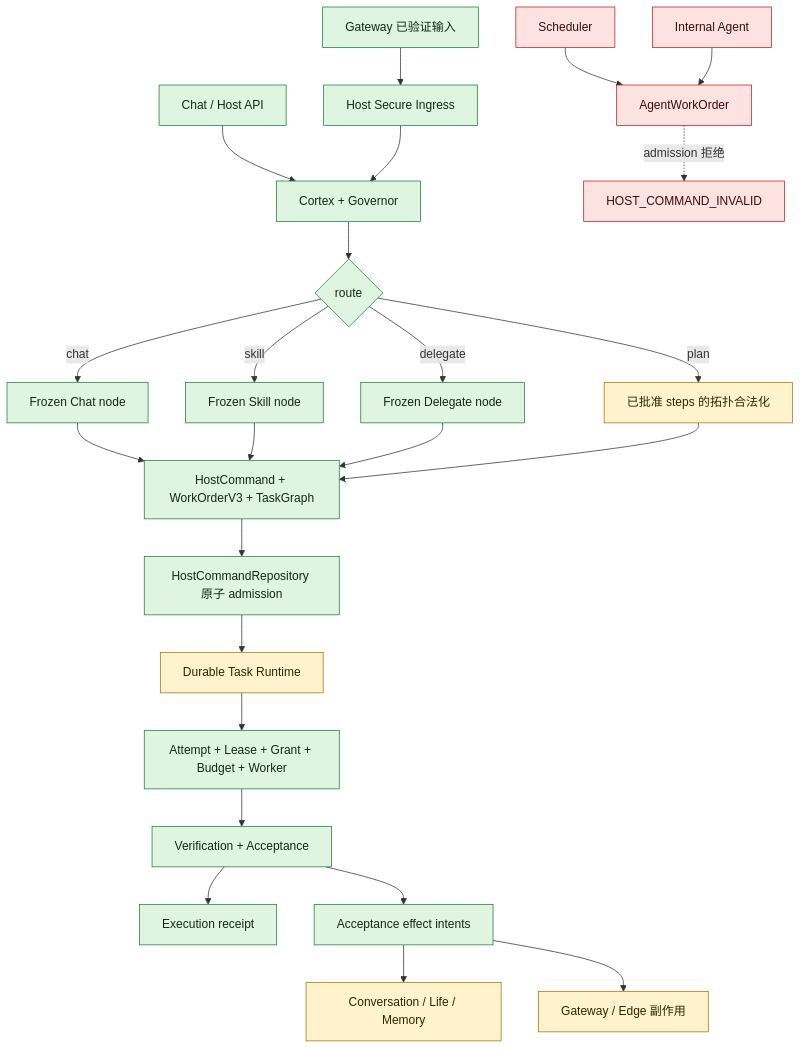
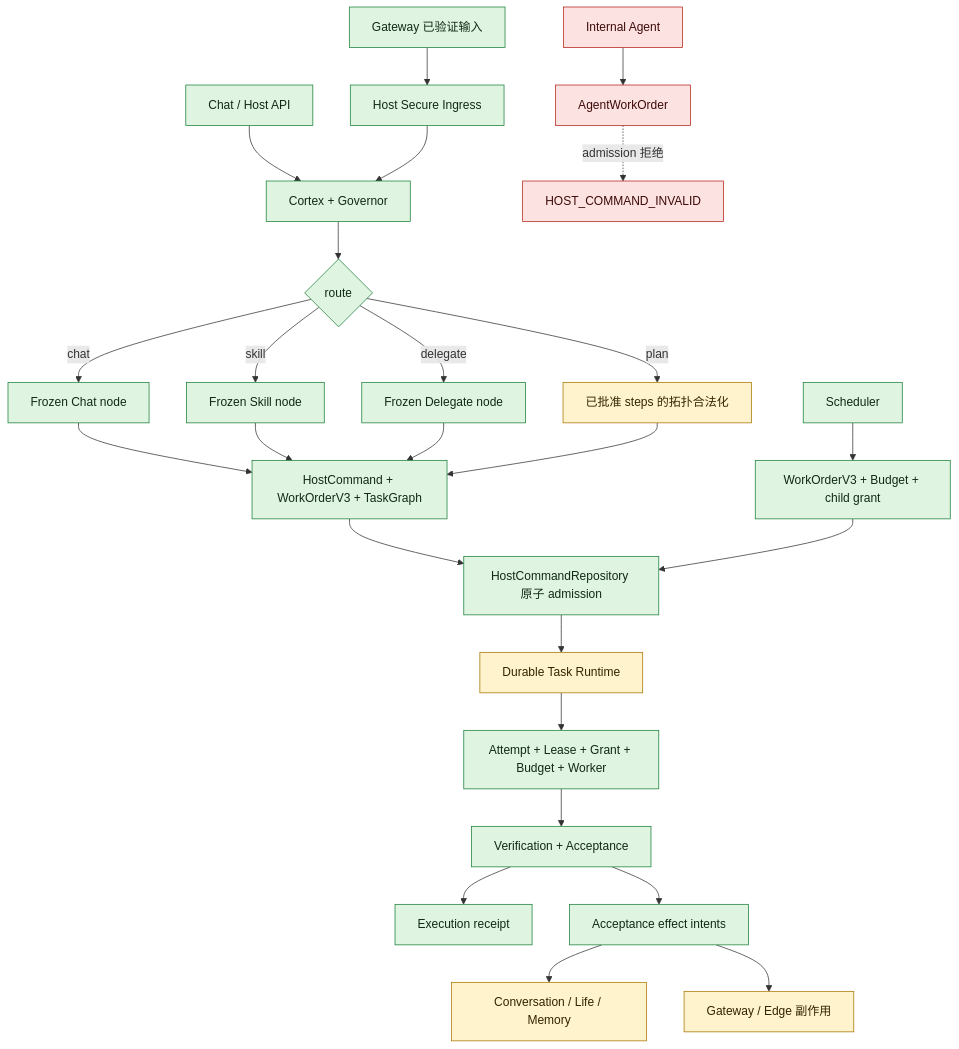
Before and after one commit to SakuraYoruno/Natsume_Ai: the first of 3 diagrams in docs/50_project/arch/DATA_FLOW_ARCHITECTURE.md, drawn with Mermaid. The commit also changed other lines of this file and 63 other files, not shown here.

````diff
--- a/docs/50_project/arch/DATA_FLOW_ARCHITECTURE.md
+++ b/docs/50_project/arch/DATA_FLOW_ARCHITECTURE.md
@@ -35,36 +35,37 @@
 ```mermaid
 flowchart TD
     UI["Chat / Host API"] --> Cortex["Cortex + Governor"]
     GW["Gateway 已验证输入"] --> Ingress["Host Secure Ingress"]
     Ingress --> Cortex
 
     Cortex --> Route{"route"}
     Route -->|chat| Chat["Frozen Chat node"]
     Route -->|skill| Skill["Frozen Skill node"]
     Route -->|delegate| Delegate["Frozen Delegate node"]
     Route -->|plan| Plan["已批准 steps 的拓扑合法化"]
 
     Chat --> Compile["HostCommand + WorkOrderV3 + TaskGraph"]
     Skill --> Compile
     Delegate --> Compile
     Plan --> Compile
     Compile --> Admission["HostCommandRepository 原子 admission"]
     Admission --> Runtime["Durable Task Runtime"]
     Runtime --> Worker["Attempt + Lease + Grant + Budget + Worker"]
     Worker --> VA["Verification + Acceptance"]
     VA --> Receipt["Execution receipt"]
     VA --> Effects["Acceptance effect intents"]
     Effects --> Conversation["Conversation / Life / Memory"]
     Effects --> Delivery["Gateway / Edge 副作用"]
 
-    Scheduler["Scheduler"] --> LegacyWO["AgentWorkOrder"]
-    Internal["Internal Agent"] --> LegacyWO
+    Scheduler["Scheduler"] --> SchedulerWO["WorkOrderV3 + Budget + child grant"]
+    SchedulerWO --> Admission
+    Internal["Internal Agent"] --> LegacyWO["AgentWorkOrder"]
     LegacyWO -. admission 拒绝 .-> Reject["HOST_COMMAND_INVALID"]
 
     classDef wired fill:#dff5e1,stroke:#1b7f3a,color:#102a17;
     classDef partial fill:#fff3cd,stroke:#a87500,color:#332400;
     classDef broken fill:#fde2e2,stroke:#b42318,color:#3d0b08;
-    class UI,GW,Ingress,Cortex,Route,Chat,Skill,Delegate,Compile,Admission,Worker,VA,Receipt,Effects wired;
+    class UI,GW,Ingress,Cortex,Route,Chat,Skill,Delegate,Compile,Admission,Worker,VA,Receipt,Effects,Scheduler,SchedulerWO wired;
     class Plan,Runtime,Conversation,Delivery partial;
-    class Scheduler,Internal,LegacyWO,Reject broken;
+    class Internal,LegacyWO,Reject broken;
 ```
````
